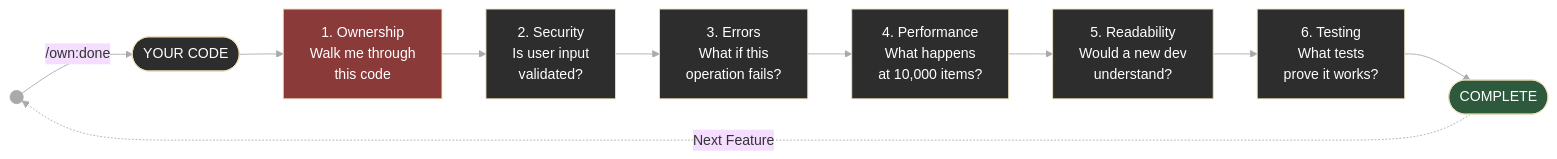
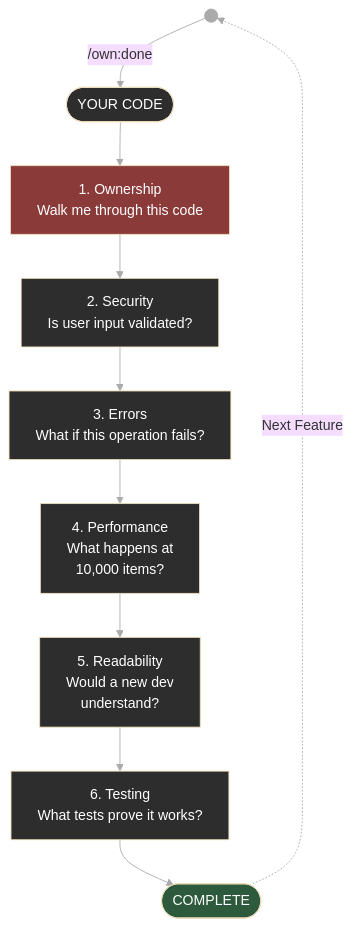
The diagram in README.md (DanielPodolsky/ownyourcode), drawn with Mermaid before and after one commit. The commit also changed other lines of this file, not shown here.

Commit message:
docs(readme): switch to centered vertical 6 Gates diagram
- Change from horizontal to vertical flowchart for better GitHub fit
- Center diagram with div align
- Add line breaks to prevent text cutoff in gates 4,5

````diff
--- a/README.md
+++ b/README.md
@@ -81,16 +83,23 @@
 ```mermaid
 %%{init: {'theme': 'base', 'themeVariables': {'lineColor': '#aaa'}}}%%
-flowchart LR
-    Start((" ")) -->|/own:done| Code(["YOUR CODE"]) --> G1["1. Ownership<br/>Walk me through<br/>this code"] --> G2["2. Security<br/>Is user input<br/>validated?"] --> G3["3. Errors<br/>What if this<br/>operation fails?"] --> G4["4. Performance<br/>What happens<br/>at 10,000 items?"] --> G5["5. Readability<br/>Would a new dev<br/>understand?"] --> G6["6. Testing<br/>What tests<br/>prove it works?"] --> Done(["COMPLETE"])
+flowchart TB
+    Start((" ")) -->|/own:done| Code(["YOUR CODE"])
+    Code --> G1["1. Ownership<br/>Walk me through this code"]
+    G1 --> G2["2. Security<br/>Is user input validated?"]
+    G2 --> G3["3. Errors<br/>What if this operation fails?"]
+    G3 --> G4["4. Performance<br/>What happens at<br/>10,000 items?"]
+    G4 --> G5["5. Readability<br/>Would a new dev<br/>understand?"]
+    G5 --> G6["6. Testing<br/>What tests prove it works?"]
+    G6 --> Done(["COMPLETE"])
     Done -.->|Next Feature| Start
 
     style Start fill:#aaa,stroke:#aaa
     style Code fill:#2d2d2d,color:#fff
     style G1 fill:#8b3a3a,color:#fff
     style G2 fill:#2d2d2d,color:#fff
     style G3 fill:#2d2d2d,color:#fff
     style G4 fill:#2d2d2d,color:#fff
     style G5 fill:#2d2d2d,color:#fff
     style G6 fill:#2d2d2d,color:#fff
     style Done fill:#2d5a3d,color:#fff
 ```
````
